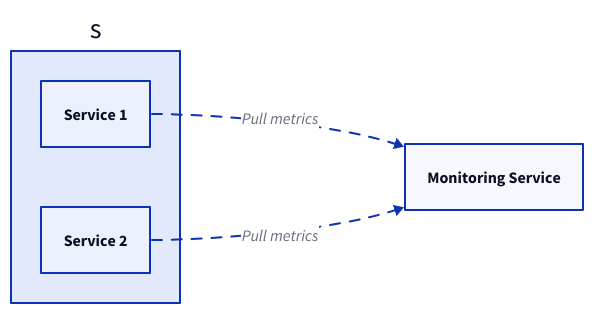
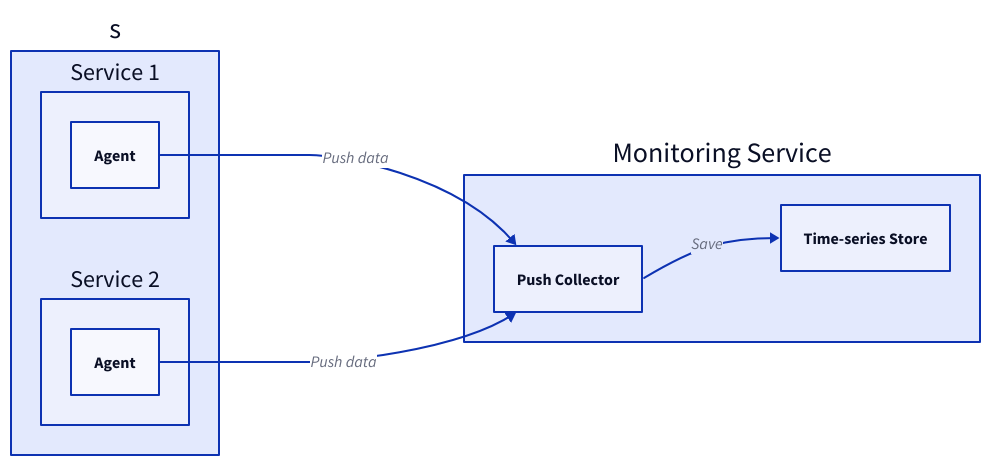
The fourth of 14 diagrams in content/docs/system-administration/system-monitoring/_index.md (link1905/system-design-101), drawn with D2 before and after one commit. The commit also changed other lines of this file and 49 other files, not shown here.

````diff
--- a/content/docs/system-administration/system-monitoring/_index.md
+++ b/content/docs/system-administration/system-monitoring/_index.md
@@ -83,21 +277,30 @@
-```d2
-direction: right
-s {
-  class: none
-  s1: Service 1 {
-      class: server
+  ```d2
+  direction: right
+
+  s {
+    class: none
+    s1: Service 1 {
+      a: Agent {
+        class: process
+      }
+    }
+    s2: Service 2 {
+      a: Agent {
+        class: process
+      }
+    }
   }
-  s2: Service 2 {
-      class: server
+
+  m: Monitoring Service {
+      c: Push Collector {
+        class: monitor
+      }
+      db: Time-series Store {
+        class: db
+      }
+      c -> db: Save
   }
-}
-m: Monitoring Service {
-    class: monitor
-}
-s.s1 -> m: Pull metrics {
-  style.animated: true
-}
-s.s2 -> m: Pull metrics {
-  style.animated: true
-}
-```
+
+  s.s1.a -> m.c: Push data
+  s.s2.a -> m.c: Push data
+  ```
````
